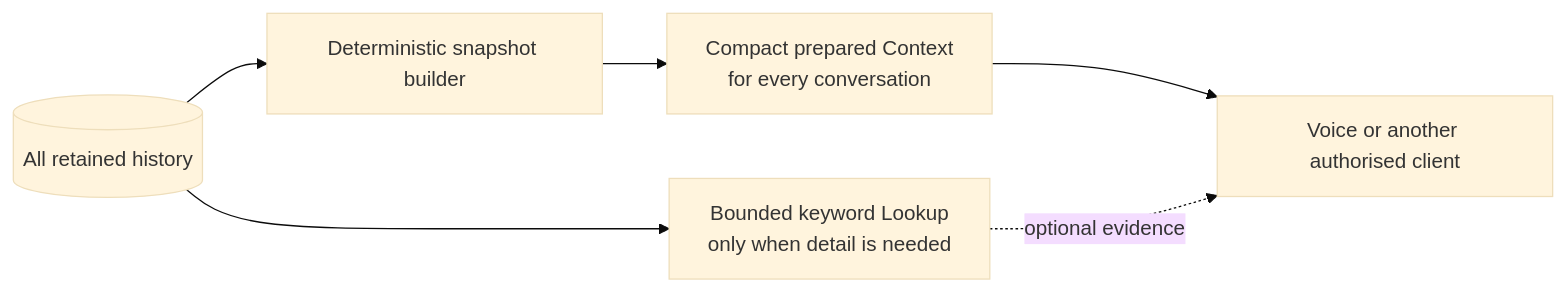
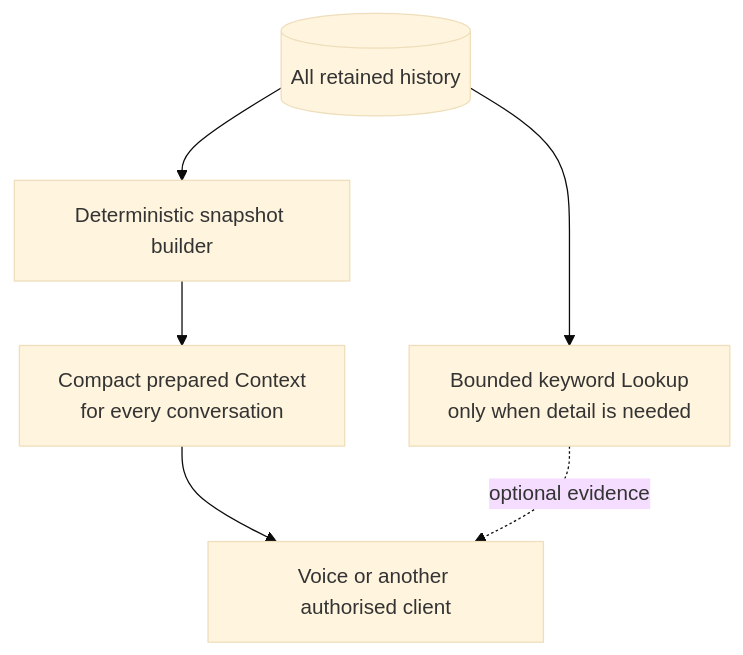
The diagram in impact.md (chitransh100/Voice-Hackathon-IM), drawn with Mermaid (base theme) before and after one commit. The commit also changed other lines of this file and 7 other files, not shown here.

````diff
--- a/impact.md
+++ b/impact.md
@@ -42,8 +40,8 @@
 ```mermaid
-flowchart LR
+flowchart TD
     A[(All retained history)] --> B[Deterministic snapshot builder]
     B --> C[Compact prepared Context<br/>for every conversation]
     A --> D[Bounded keyword Lookup<br/>only when detail is needed]
     C --> E[Voice or another authorised client]
     D -. optional evidence .-> E
 ```
````
